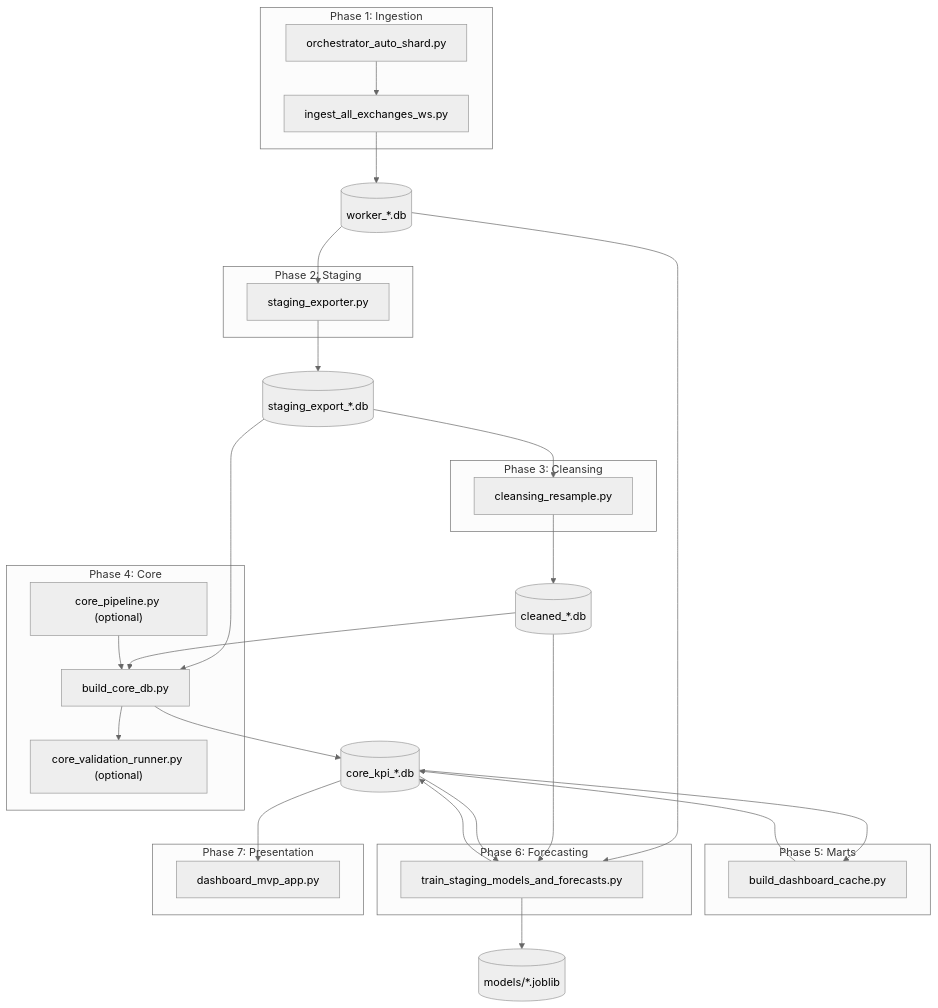
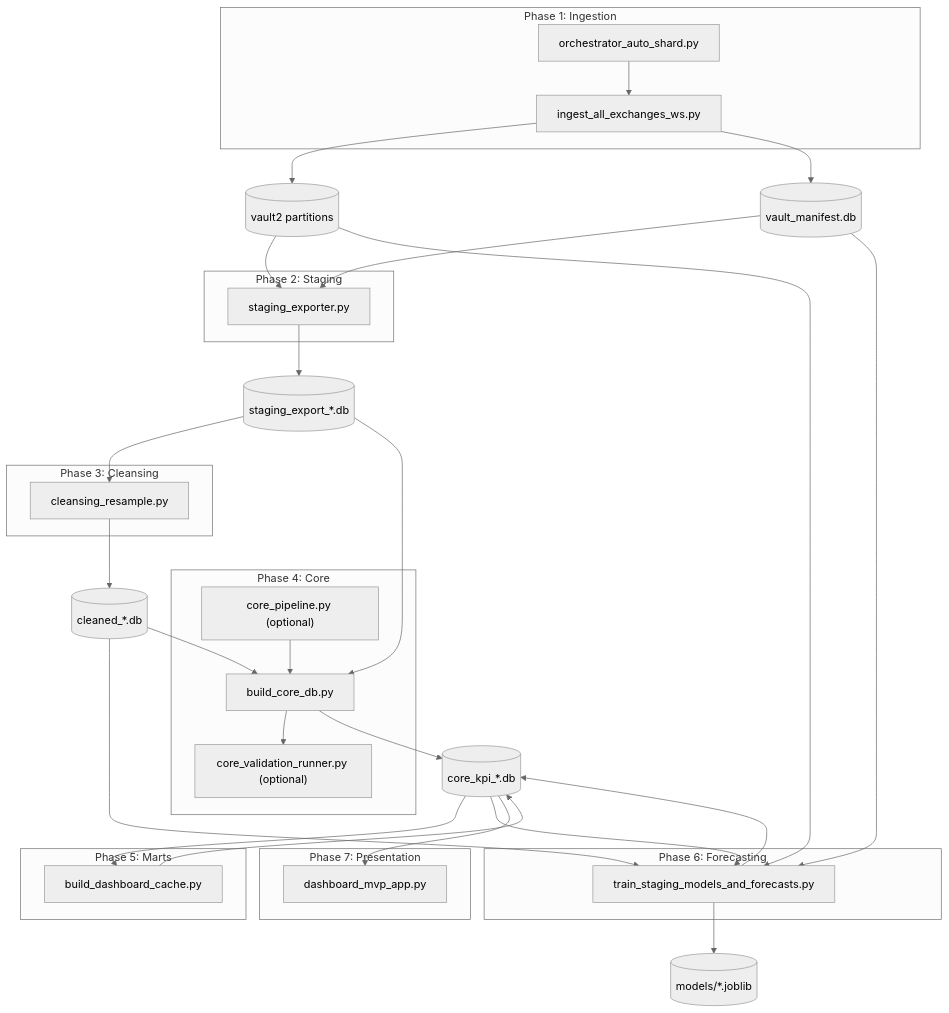
One commit to laiki/crypto_DWH changed the diagram in diagrams/0_overview/uml_flow_end_to_end_pipeline_simple_subgraphs.mmd. Above: the diagram before and after it, drawn with Mermaid (neutral theme). The commit also changed 172 other files, not shown here.

Commit message:
implementation of the new architecture

```diff
--- a/diagrams/0_overview/uml_flow_end_to_end_pipeline_simple_subgraphs.mmd
+++ b/diagrams/0_overview/uml_flow_end_to_end_pipeline_simple_subgraphs.mmd
@@ -1,61 +1,66 @@
 flowchart TD
     subgraph PH1["Phase 1: Ingestion"]
         A1["orchestrator_auto_shard.py"]
         A2["ingest_all_exchanges_ws.py"]
         A1 --> A2
     end
 
     subgraph PH2["Phase 2: Staging"]
         B1["staging_exporter.py"]
     end
 
     subgraph PH3["Phase 3: Cleansing"]
         C1["cleansing_resample.py"]
     end
 
     subgraph PH4["Phase 4: Core"]
         D1["build_core_db.py"]
         D2["core_pipeline.py (optional)"]
         D3["core_validation_runner.py (optional)"]
     end
 
     subgraph PH5["Phase 5: Marts"]
         E1["build_dashboard_cache.py"]
     end
 
     subgraph PH6["Phase 6: Forecasting"]
         F1["train_staging_models_and_forecasts.py"]
     end
 
     subgraph PH7["Phase 7: Presentation"]
         G1["dashboard_mvp_app.py"]
     end
 
-    RAW[("worker_*.db")]
+    PART[("vault2 partitions")]
+    MAN[("vault_manifest.db")]
     STG[("staging_export_*.db")]
     CLN[("cleaned_*.db")]
     CORE[("core_kpi_*.db")]
     MOD[("models/*.joblib")]
 
-    A2 --> RAW
-    RAW --> B1
+    A2 --> PART
+    A2 --> MAN
+    PART --> B1
+    MAN --> B1
     B1 --> STG
+
     STG --> C1
     C1 --> CLN
 
     STG --> D1
     CLN --> D1
     D2 --> D1
     D1 --> D3
     D1 --> CORE
 
     CORE --> E1
     E1 --> CORE
 
-    RAW --> F1
+    PART --> F1
+    MAN --> F1
     CLN --> F1
     CORE --> F1
     F1 --> MOD
     F1 --> CORE
 
     CORE --> G1
```
